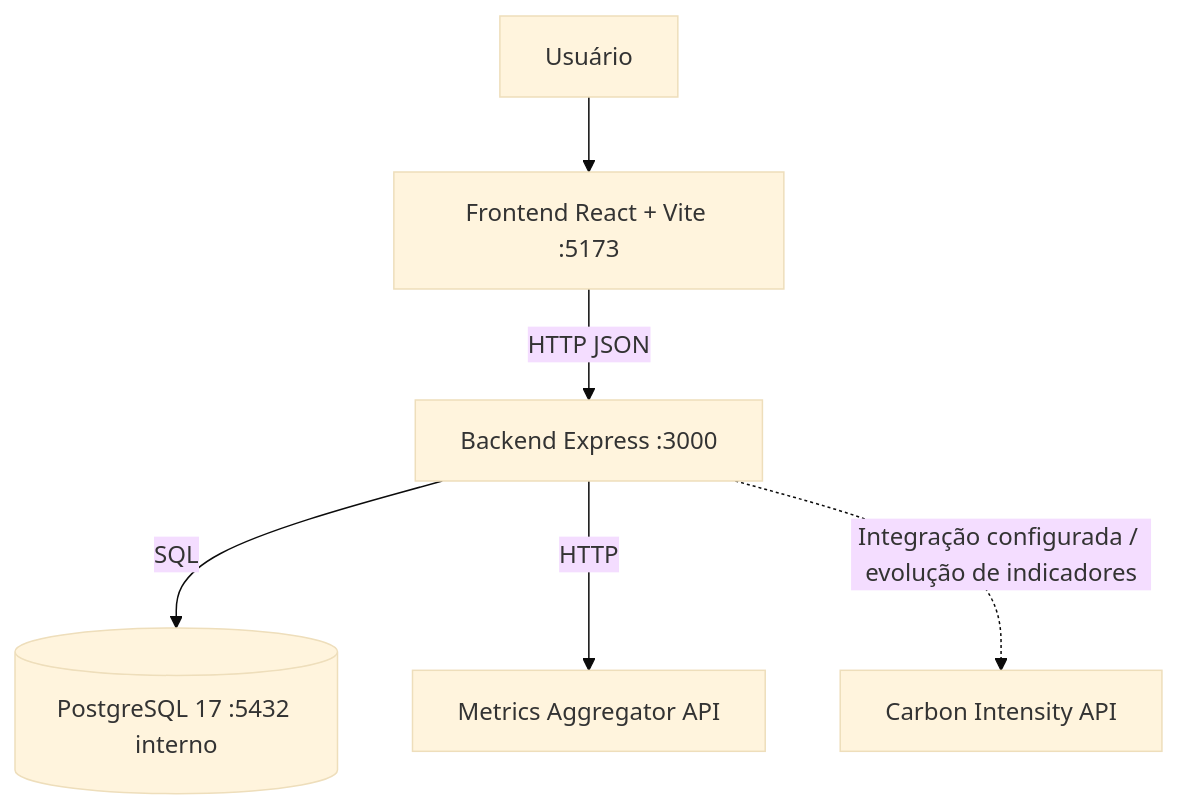
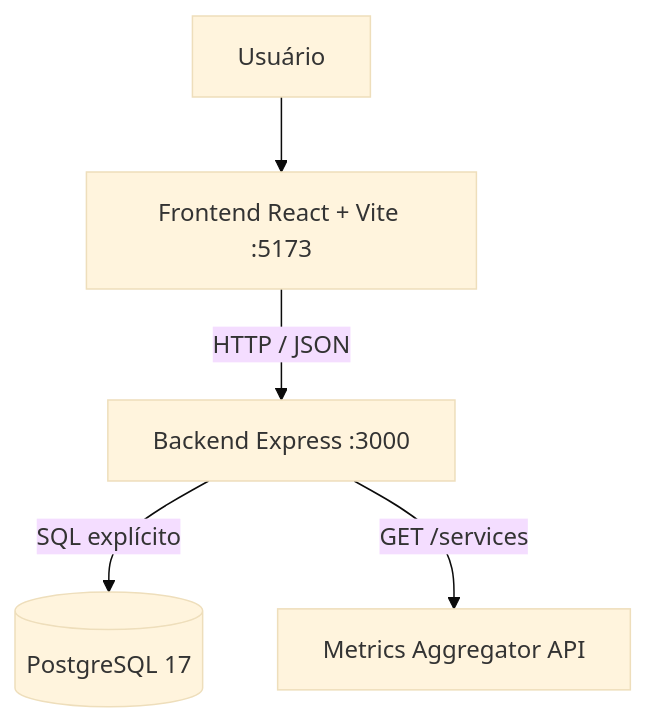
One commit to let-zapplin/GreenER changed the first of 3 diagrams in docs/arquitetura.md. Above: the diagram before and after it, drawn with Mermaid (base theme). The commit also changed other lines of this file and 3 other files, not shown here.

````diff
--- a/docs/arquitetura.md
+++ b/docs/arquitetura.md
@@ -6,8 +15,7 @@
 ```mermaid
 flowchart TD
- U[Usuário] --> F[Frontend React + Vite :5173]
- F -->|HTTP JSON| B[Backend Express :3000]
- B -->|SQL| P[(PostgreSQL 17 :5432 interno)]
- B -->|HTTP| M[Metrics Aggregator API]
- B -.->|Integração configurada / evolução de indicadores| C[Carbon Intensity API]
+    U[Usuário] --> F[Frontend React + Vite :5173]
+    F -->|HTTP / JSON| B[Backend Express :3000]
+    B -->|SQL explícito| P[(PostgreSQL 17)]
+    B -->|GET /services| M[Metrics Aggregator API]
 ```
````
